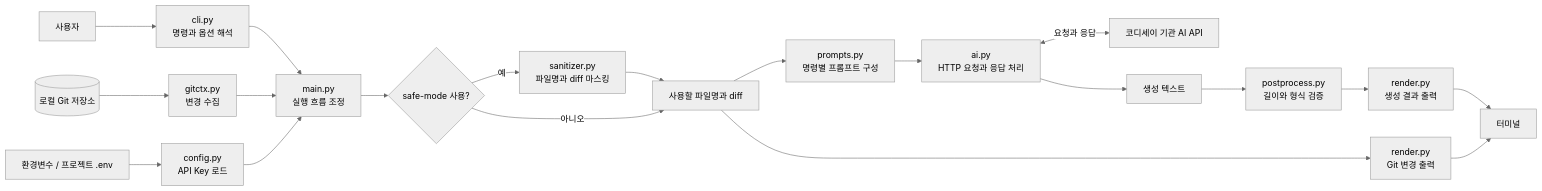
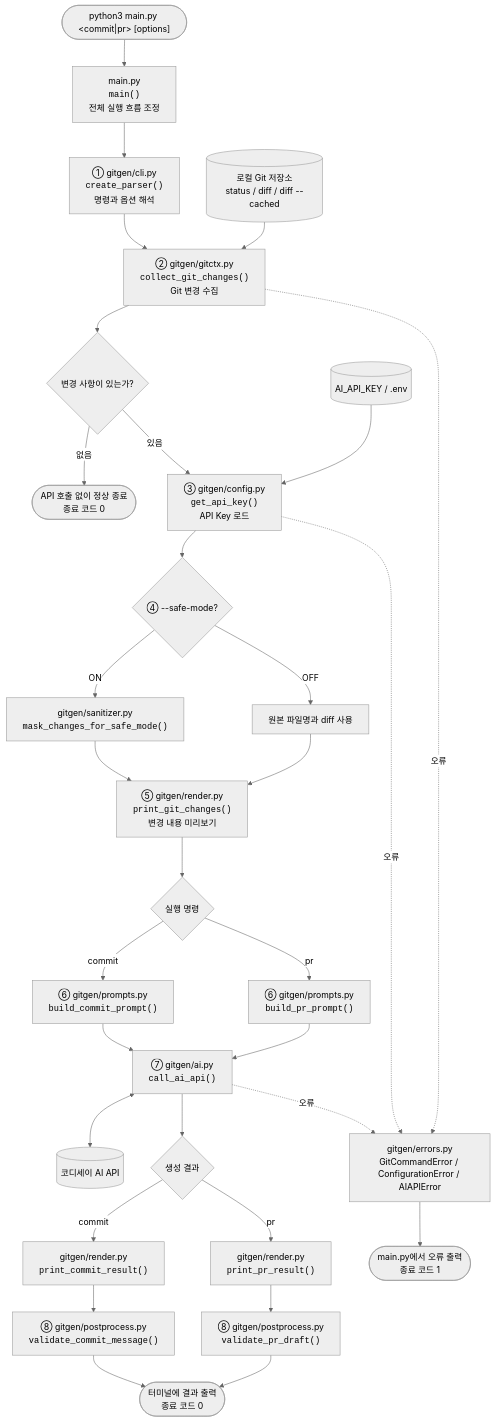
The diagram in README.md (bllancck/B3-2.git-ai-generator), drawn with Mermaid (neutral theme) before and after one commit. The commit also changed other lines of this file and 1 other file, not shown here.

Commit message:
docs: keep only detailed Mermaid flow

````diff
--- a/README.md
+++ b/README.md
@@ -135,22 +28,49 @@
 ```mermaid
-flowchart LR
-    User[사용자] --> CLI[cli.py<br/>명령과 옵션 해석]
-    CLI --> Main[main.py<br/>실행 흐름 조정]
-    Git[(로컬 Git 저장소)] --> GitCtx[gitctx.py<br/>변경 수집]
-    GitCtx --> Main
-    Env[환경변수 / 프로젝트 .env] --> Config[config.py<br/>API Key 로드]
-    Config --> Main
-    Main --> Input{safe-mode 사용?}
-    Input -->|예| Mask[sanitizer.py<br/>파일명과 diff 마스킹]
-    Input -->|아니오| Changes[사용할 파일명과 diff]
-    Mask --> Changes
-    Changes --> Prompt[prompts.py<br/>명령별 프롬프트 구성]
-    Changes --> Preview[render.py<br/>Git 변경 출력]
-    Prompt --> AI[ai.py<br/>HTTP 요청과 응답 처리]
-    AI <-->|요청과 응답| API[코디세이 기관 AI API]
-    AI --> Generated[생성 텍스트]
-    Generated --> Validate[postprocess.py<br/>길이와 형식 검증]
-    Validate --> Result[render.py<br/>생성 결과 출력]
-    Preview --> Terminal[터미널]
-    Result --> Terminal
+flowchart TB
+    Start(["python3 main.py &lt;commit|pr&gt; [options]"])
+    Main["main.py<br/><code>main()</code><br/>전체 실행 흐름 조정"]
+    CLI["① gitgen/cli.py<br/><code>create_parser()</code><br/>명령과 옵션 해석"]
+    GitCtx["② gitgen/gitctx.py<br/><code>collect_git_changes()</code><br/>Git 변경 수집"]
+    Repo[("로컬 Git 저장소<br/>status / diff / diff --cached")]
+    HasChanges{"변경 사항이 있는가?"}
+    NoChanges(["API 호출 없이 정상 종료<br/>종료 코드 0"])
+    Config["③ gitgen/config.py<br/><code>get_api_key()</code><br/>API Key 로드"]
+    Env[("AI_API_KEY / .env")]
+    SafeMode{"④ --safe-mode?"}
+    Sanitize["gitgen/sanitizer.py<br/><code>mask_changes_for_safe_mode()</code>"]
+    Original["원본 파일명과 diff 사용"]
+    Preview["⑤ gitgen/render.py<br/><code>print_git_changes()</code><br/>변경 내용 미리보기"]
+    Command{"실행 명령"}
+    CommitPrompt["⑥ gitgen/prompts.py<br/><code>build_commit_prompt()</code>"]
+    PRPrompt["⑥ gitgen/prompts.py<br/><code>build_pr_prompt()</code>"]
+    AI["⑦ gitgen/ai.py<br/><code>call_ai_api()</code>"]
+    API[("코디세이 AI API")]
+    ResultType{"생성 결과"}
+    CommitRender["gitgen/render.py<br/><code>print_commit_result()</code>"]
+    PRRender["gitgen/render.py<br/><code>print_pr_result()</code>"]
+    CommitValidate["⑧ gitgen/postprocess.py<br/><code>validate_commit_message()</code>"]
+    PRValidate["⑧ gitgen/postprocess.py<br/><code>validate_pr_draft()</code>"]
+    Success(["터미널에 결과 출력<br/>종료 코드 0"])
+    Errors["gitgen/errors.py<br/>GitCommandError / ConfigurationError / AIAPIError"]
+    Failure(["main.py에서 오류 출력<br/>종료 코드 1"])
+
+    Start --> Main --> CLI --> GitCtx --> HasChanges
+    Repo --> GitCtx
+    HasChanges -->|없음| NoChanges
+    HasChanges -->|있음| Config --> SafeMode
+    Env --> Config
+    SafeMode -->|ON| Sanitize --> Preview
+    SafeMode -->|OFF| Original --> Preview
+    Preview --> Command
+    Command -->|commit| CommitPrompt --> AI
+    Command -->|pr| PRPrompt --> AI
+    AI <--> API
+    AI --> ResultType
+    ResultType -->|commit| CommitRender --> CommitValidate --> Success
+    ResultType -->|pr| PRRender --> PRValidate --> Success
+
+    GitCtx -. 오류 .-> Errors
+    Config -. 오류 .-> Errors
+    AI -. 오류 .-> Errors
+    Errors --> Failure
 ```
````
